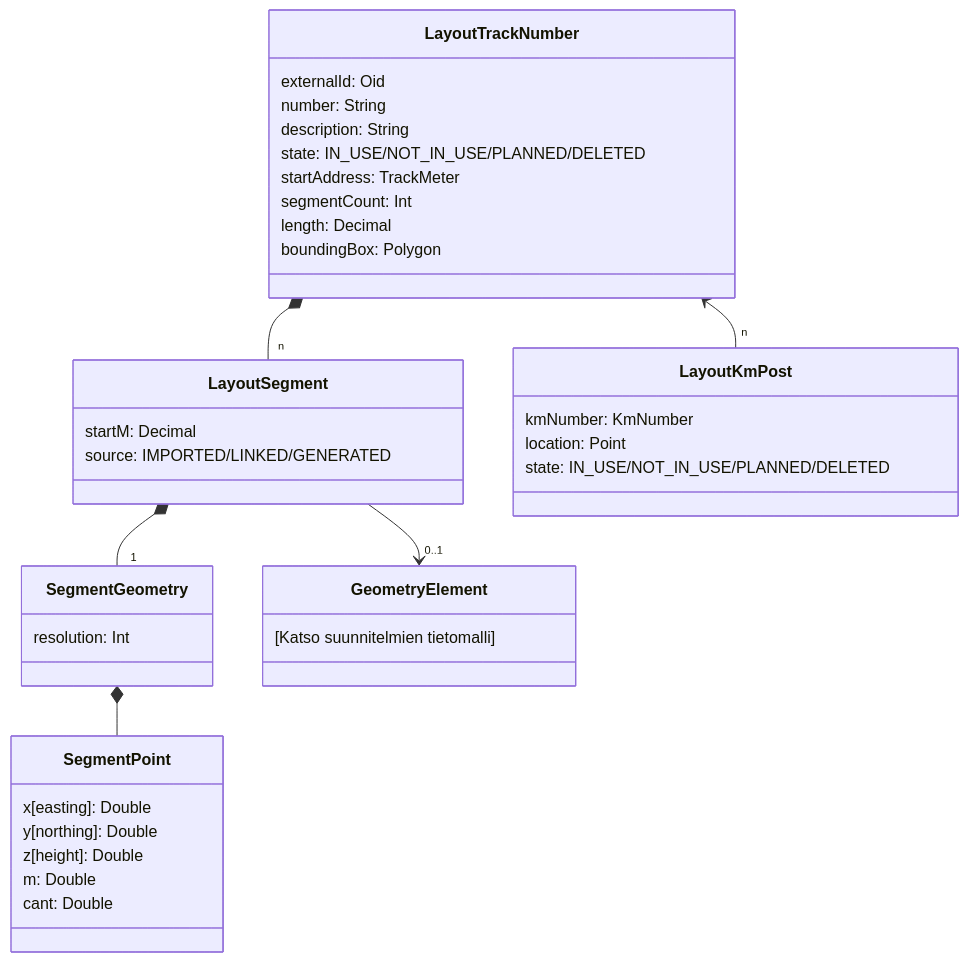
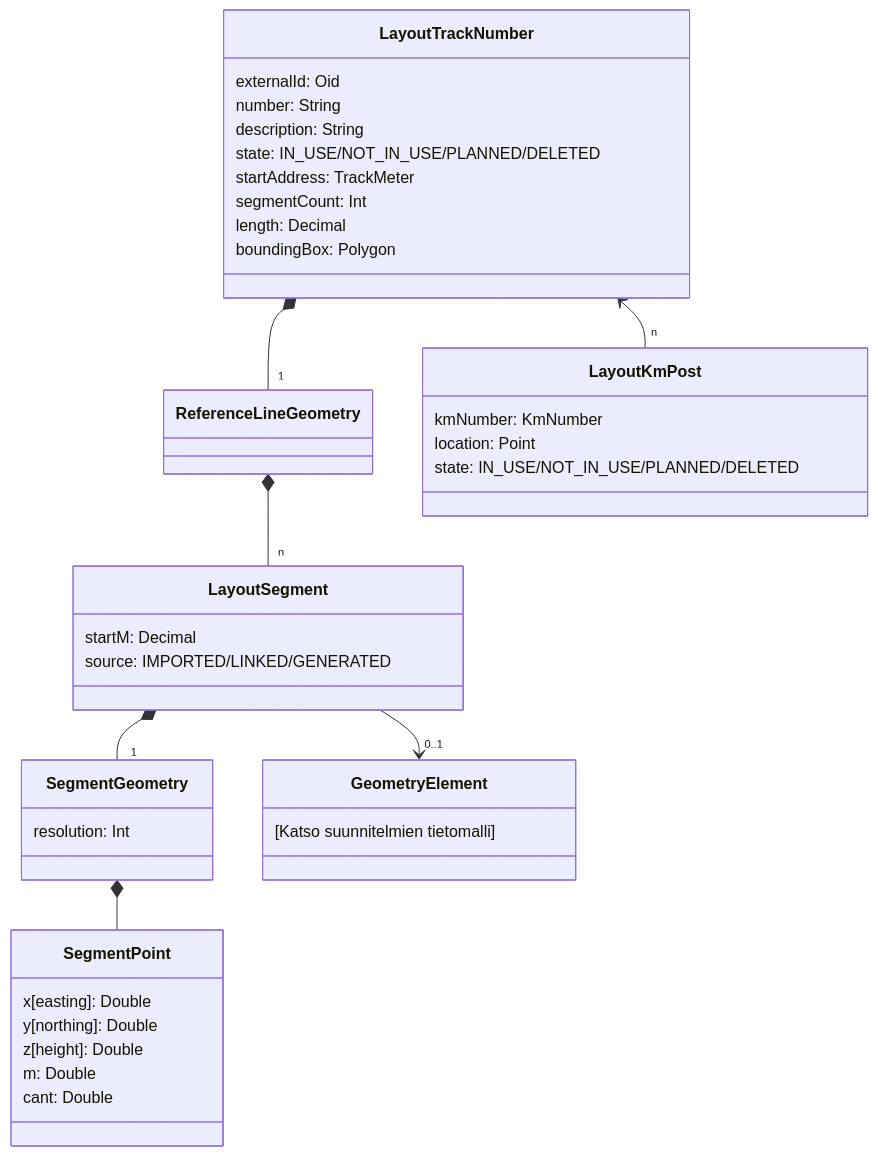
One commit to finnishtransportagency/geoviite changed the third of 5 diagrams in doc/tietomalli.md. Above: the diagram before and after it, drawn with Mermaid.

Commit message:
GVT-3637 Update mermaid diagram to contain ReferenceLineGeometry

````diff
--- a/doc/tietomalli.md
+++ b/doc/tietomalli.md
@@ -313,41 +313,44 @@
 ```mermaid
 classDiagram
     LayoutSegment *-- "1" SegmentGeometry
     SegmentGeometry *-- SegmentPoint
-    LayoutTrackNumber *-- "n" LayoutSegment
+    LayoutTrackNumber *-- "1" ReferenceLineGeometry
     LayoutTrackNumber <-- "n" LayoutKmPost
+    ReferenceLineGeometry *-- "n" LayoutSegment
     LayoutSegment --> "0..1" GeometryElement
 
     class LayoutTrackNumber {
         externalId: Oid
         number: String
         description: String
         state: IN_USE/NOT_IN_USE/PLANNED/DELETED
         startAddress: TrackMeter
         segmentCount: Int
         length: Decimal
         boundingBox: Polygon
+    }
+    class ReferenceLineGeometry {
     }
     class LayoutKmPost {
         kmNumber: KmNumber
         location: Point
         state: IN_USE/NOT_IN_USE/PLANNED/DELETED
     }
     class LayoutSegment {
         startM: Decimal
         source: IMPORTED/LINKED/GENERATED
     }
     class SegmentGeometry {
         resolution: Int
     }
     class SegmentPoint {
         x[easting]: Double
         y[northing]: Double
         z[height]: Double
         m: Double
         cant: Double
     }
     class GeometryElement {
         [Katso suunnitelmien tietomalli]
     }
 ```
````
